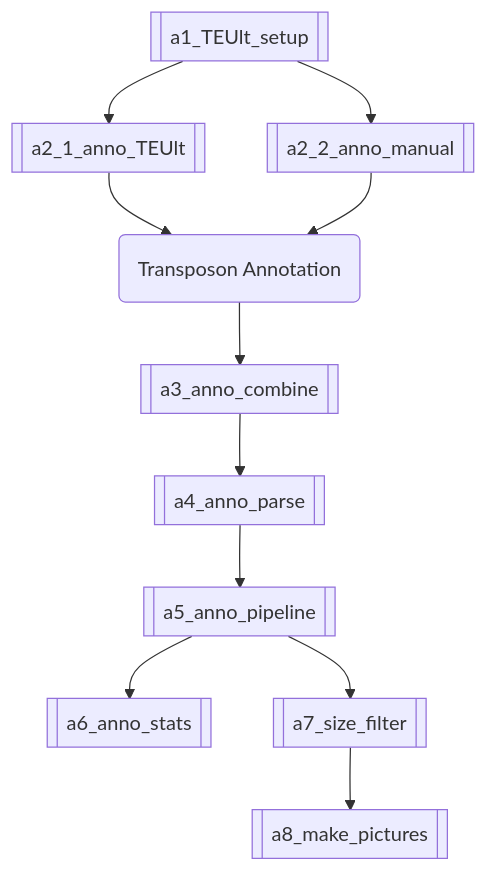
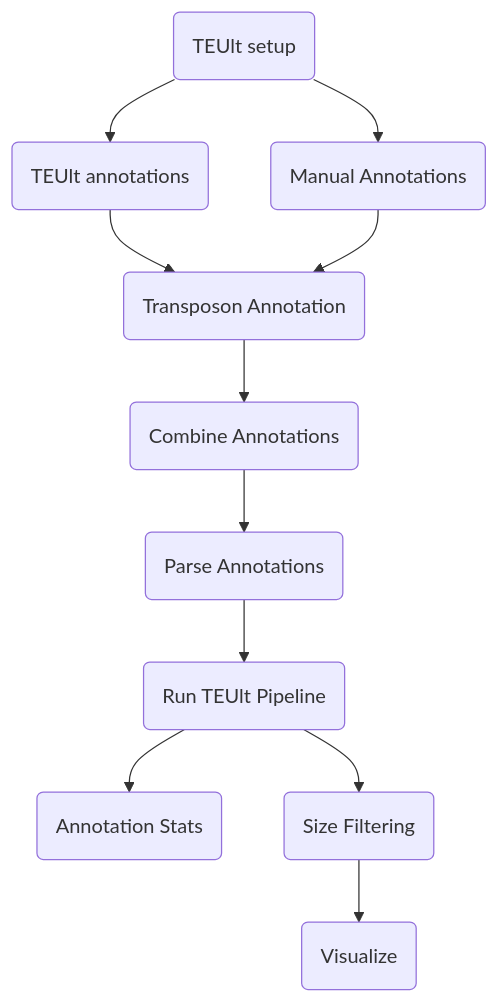
The diagram in docs/transposon_anno_workflow/a0_overall_anno_workflow.md (cralbers/transposon-annotations-mapping), drawn with Mermaid before and after one commit. The commit also changed other lines of this file and 1 other file, not shown here.

Commit message:
maybe this will work

````diff
--- a/docs/transposon_anno_workflow/a0_overall_anno_workflow.md
+++ b/docs/transposon_anno_workflow/a0_overall_anno_workflow.md
@@ -16,14 +16,14 @@
 ``` mermaid 
 graph TD
-	F[[a1_TEUlt_setup]] --> A;
-	F[[a1_TEUlt_setup]] --> B;
-	A[[a2_1_anno_TEUlt]] -->C(Transposon Annotation);
-	B[[a2_2_anno_manual]] -->C(Transposon Annotation);
-	C --> D[[a3_anno_combine]];
-	D --> E[[a4_anno_parse]];
-	E --> G[[a5_anno_pipeline]];
-	G --> H[[a6_anno_stats]];
-	G --> I[[a7_size_filter]];
-	I --> J[[a8_make_pictures]];
+	F(TEUlt setup) --> A;
+	F(TEUlt setup) --> B;
+	A(TEUlt annotations) -->C(Transposon Annotation);
+	B(Manual Annotations) -->C(Transposon Annotation);
+	C --> D(Combine Annotations);
+	D --> E(Parse Annotations);
+	E --> G(Run TEUlt Pipeline);
+	G --> H(Annotation Stats);
+	G --> I(Size Filtering);
+	I --> J(Visualize);
 
 ```
````
